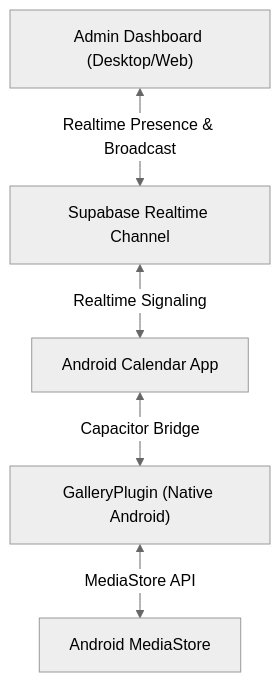
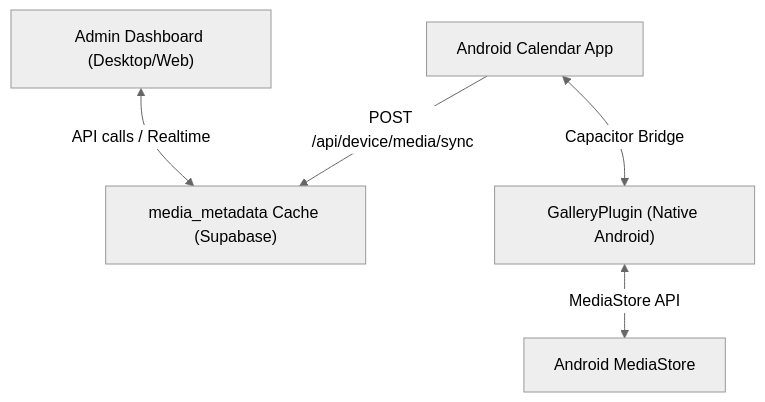
The diagram in docs/remote-gallery-architecture.md (mahfuz-tc-21/calendar-app), drawn with Mermaid (neutral theme) before and after one commit. The commit also changed other lines of this file and 14 other files, not shown here.

Commit message:
feat: implement remote gallery architecture with API routes, database migration, and sync utilities

````diff
--- a/docs/remote-gallery-architecture.md
+++ b/docs/remote-gallery-architecture.md
@@ -74,7 +29,7 @@
 ```mermaid
 flowchart TD
-    AdminDashboard["Admin Dashboard (Desktop/Web)"] <--> |Realtime Presence & Broadcast| SupabaseRealtime["Supabase Realtime Channel"]
-    SupabaseRealtime <--> |Realtime Signaling| AndroidDevice["Android Calendar App"]
+    AdminDashboard["Admin Dashboard (Desktop/Web)"] <--> |API calls / Realtime| DatabaseCache["media_metadata Cache (Supabase)"]
+    AndroidDevice["Android Calendar App"] --> |POST /api/device/media/sync| DatabaseCache
     AndroidDevice <--> |Capacitor Bridge| GalleryPlugin["GalleryPlugin (Native Android)"]
     GalleryPlugin <--> |MediaStore API| AndroidGallery["Android MediaStore"]
 ```
````
